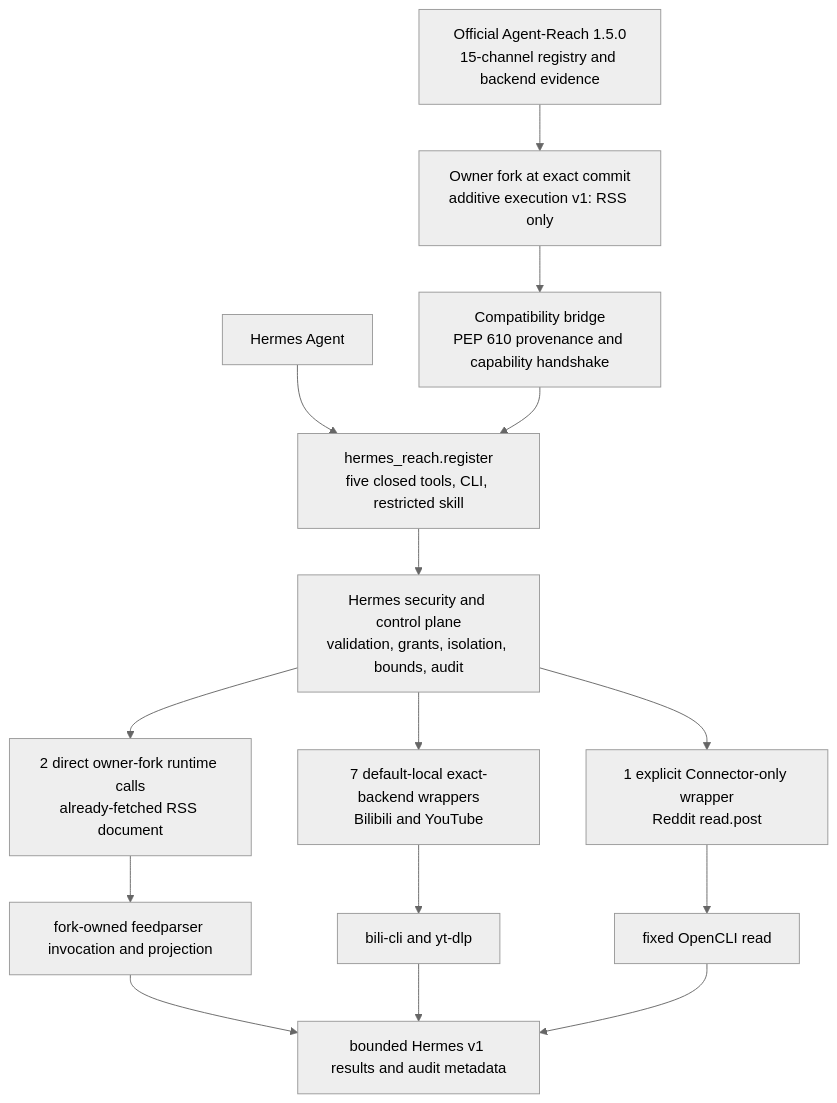
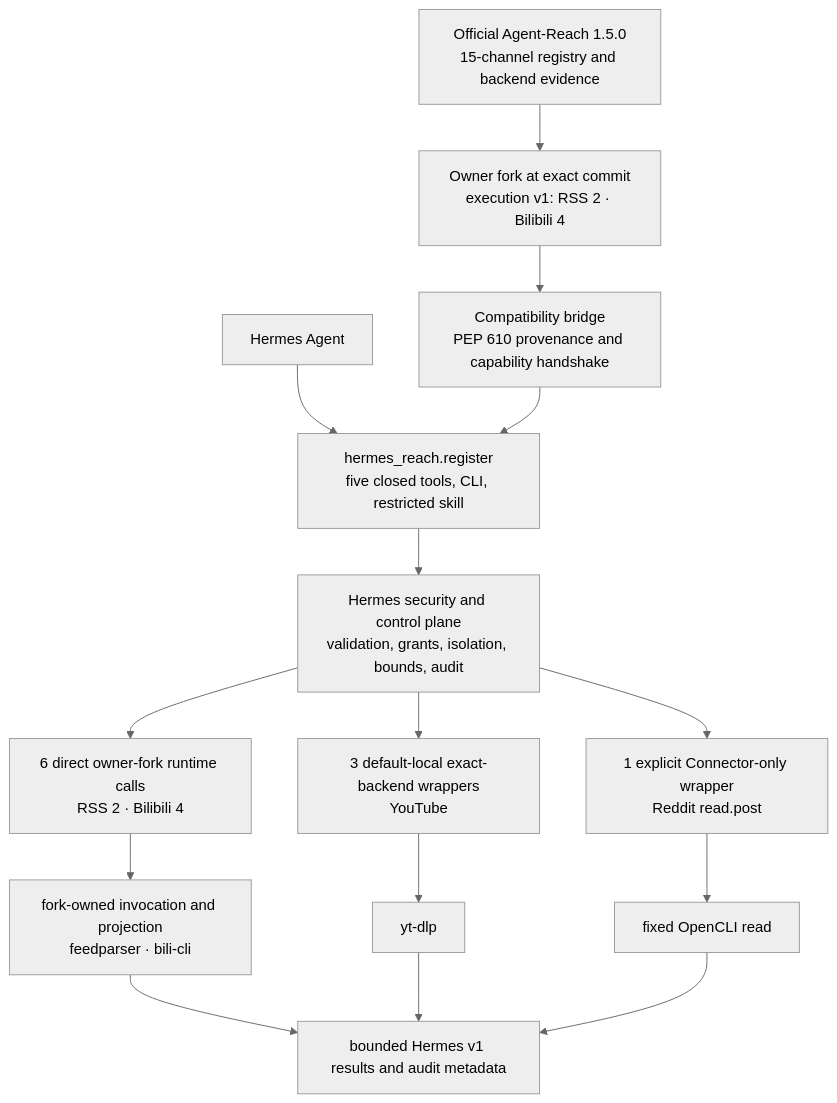
The diagram in docs/agent-reach-plugin-boundary.md (izumi0uu/hermes-reach), drawn with Mermaid (neutral theme) before and after one commit. The commit also changed other lines of this file and 29 other files, not shown here.

Commit message:
feat(agent-reach): execute Bilibili through fork runtime

````diff
--- a/docs/agent-reach-plugin-boundary.md
+++ b/docs/agent-reach-plugin-boundary.md
@@ -23,17 +24,17 @@
 ```mermaid
 flowchart TD
-    Official["Official Agent-Reach 1.5.0<br/>15-channel registry and backend evidence"] --> Fork["Owner fork at exact commit<br/>additive execution v1: RSS only"]
+    Official["Official Agent-Reach 1.5.0<br/>15-channel registry and backend evidence"] --> Fork["Owner fork at exact commit<br/>execution v1: RSS 2 · Bilibili 4"]
     Fork --> Bridge["Compatibility bridge<br/>PEP 610 provenance and capability handshake"]
     Hermes["Hermes Agent"] --> Entry["hermes_reach.register<br/>five closed tools, CLI, restricted skill"]
     Bridge --> Entry
     Entry --> Control["Hermes security and control plane<br/>validation, grants, isolation, bounds, audit"]
-    Control --> RSS["2 direct owner-fork runtime calls<br/>already-fetched RSS document"]
-    Control --> Local["7 default-local exact-backend wrappers<br/>Bilibili and YouTube"]
+    Control --> ForkOps["6 direct owner-fork runtime calls<br/>RSS 2 · Bilibili 4"]
+    Control --> Local["3 default-local exact-backend wrappers<br/>YouTube"]
     Control --> Remote["1 explicit Connector-only wrapper<br/>Reddit read.post"]
-    RSS --> Feedparser["fork-owned feedparser invocation and projection"]
-    Local --> Backends["bili-cli and yt-dlp"]
+    ForkOps --> ForkBackends["fork-owned invocation and projection<br/>feedparser · bili-cli"]
+    Local --> Backends["yt-dlp"]
     Remote --> OpenCLI["fixed OpenCLI read"]
-    Feedparser --> Results["bounded Hermes v1 results and audit metadata"]
+    ForkBackends --> Results["bounded Hermes v1 results and audit metadata"]
     Backends --> Results
     OpenCLI --> Results
 ```
````
